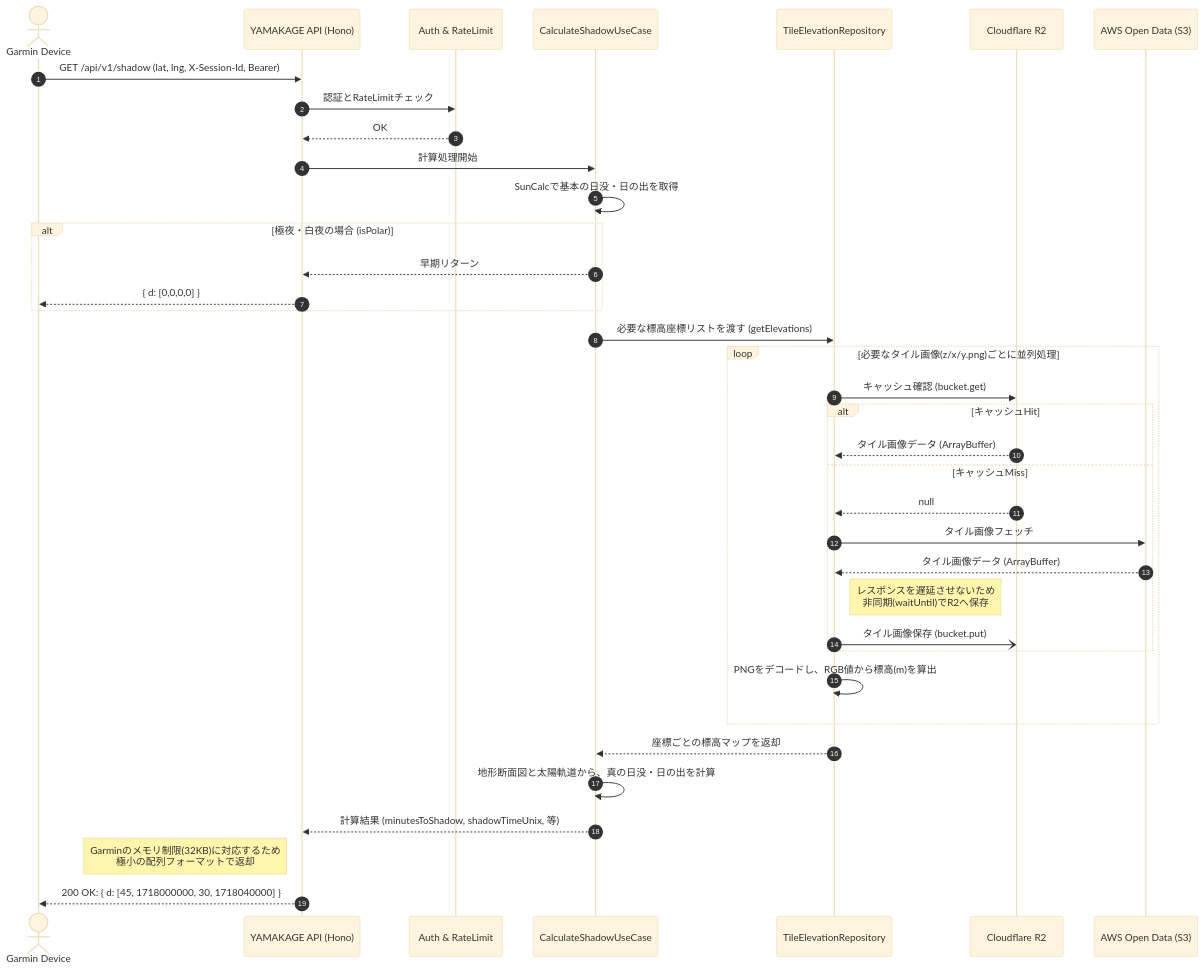
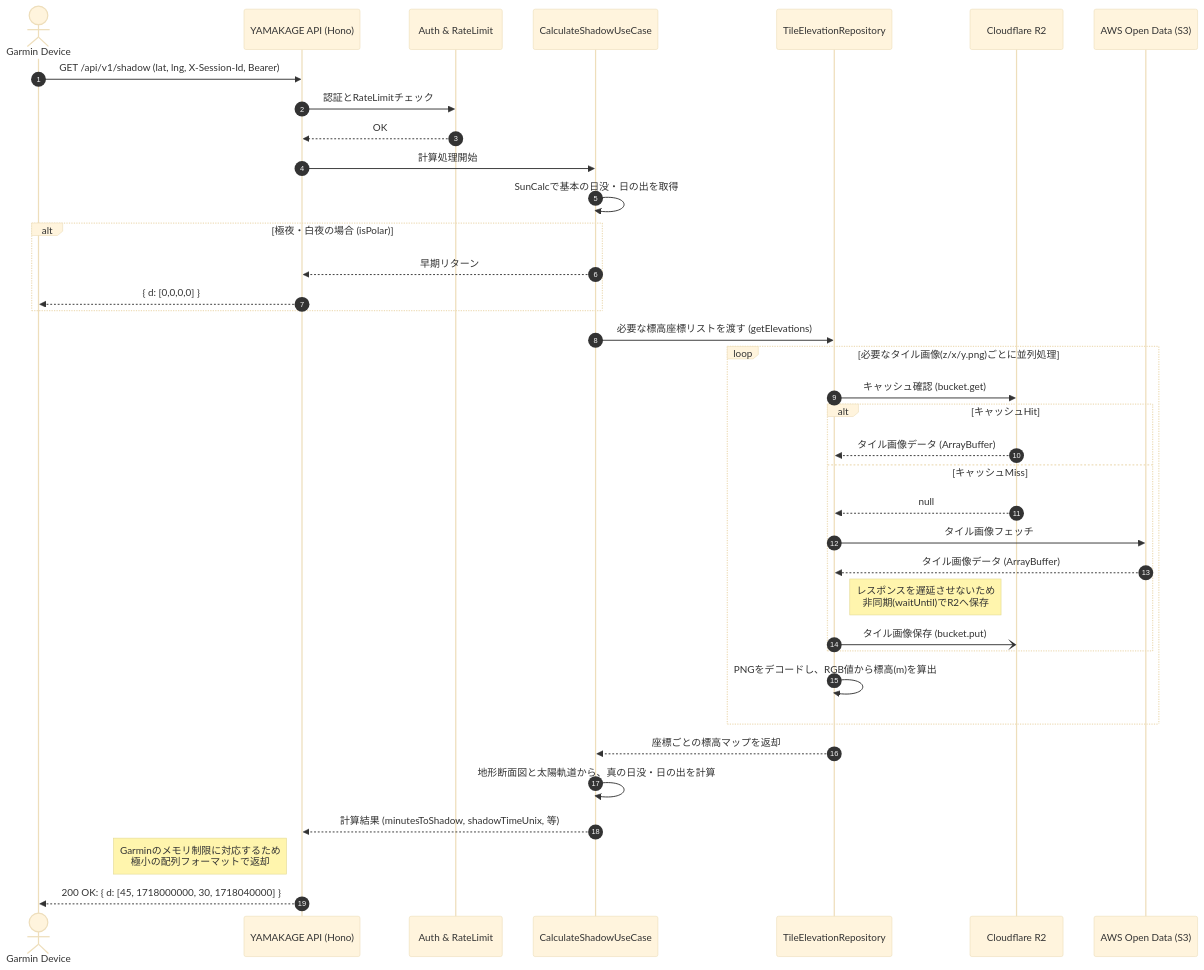
The first of 2 diagrams in docs/architecture/data-flow.jpn.md (tomopumipumi/yamakage), drawn with Mermaid (base theme) before and after one commit. The commit also changed 1 other file, not shown here.

Commit message:
ドキュメント微修正

````diff
--- a/docs/architecture/data-flow.jpn.md
+++ b/docs/architecture/data-flow.jpn.md
@@ -4,51 +4,51 @@
 ```mermaid
 sequenceDiagram
     autonumber
     
     actor Garmin as Garmin Device
     participant API as YAMAKAGE API (Hono)
     participant Auth as Auth & RateLimit
     participant Usecase as CalculateShadowUseCase
     participant Repo as TileElevationRepository
     participant R2 as Cloudflare R2
     participant AWS as AWS Open Data (S3)
 
     Garmin->>API: GET /api/v1/shadow (lat, lng, X-Session-Id, Bearer)
     
     API->>Auth: 認証とRateLimitチェック
     Auth-->>API: OK
     
     API->>Usecase: 計算処理開始
     
     Usecase->>Usecase: SunCalcで基本の日没・日の出を取得
     alt 極夜・白夜の場合 (isPolar)
         Usecase-->>API: 早期リターン
         API-->>Garmin: { d: [0,0,0,0] }
     end
     
     Usecase->>Repo: 必要な標高座標リストを渡す (getElevations)
     
     loop 必要なタイル画像(z/x/y.png)ごとに並列処理
         Repo->>R2: キャッシュ確認 (bucket.get)
         alt キャッシュHit
             R2-->>Repo: タイル画像データ (ArrayBuffer)
         else キャッシュMiss
             R2-->>Repo: null
             Repo->>AWS: タイル画像フェッチ
             AWS-->>Repo: タイル画像データ (ArrayBuffer)
             
             note right of Repo: レスポンスを遅延させないため<br>非同期(waitUntil)でR2へ保存
             Repo-)R2: タイル画像保存 (bucket.put)
         end
         Repo->>Repo: PNGをデコードし、RGB値から標高(m)を算出
     end
     
     Repo-->>Usecase: 座標ごとの標高マップを返却
     
     Usecase->>Usecase: 地形断面図と太陽軌道から、真の日没・日の出を計算
     
     Usecase-->>API: 計算結果 (minutesToShadow, shadowTimeUnix, 等)
     
-    note left of API: Garminのメモリ制限(32KB)に対応するため<br>極小の配列フォーマットで返却
+    note left of API: Garminのメモリ制限に対応するため<br>極小の配列フォーマットで返却
     API-->>Garmin: 200 OK: { d: [45, 1718000000, 30, 1718040000] }
 ```
````
